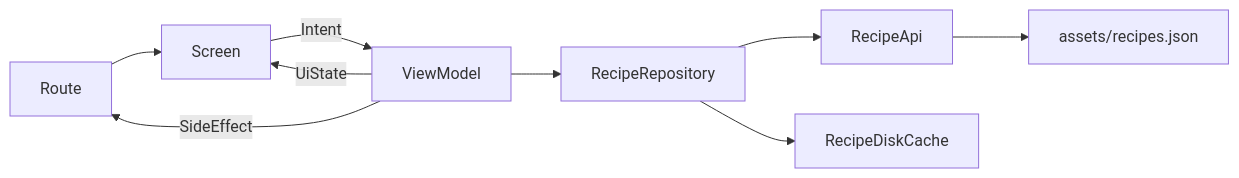
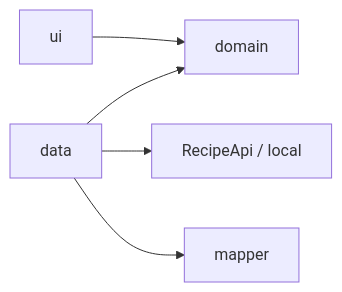
One commit to Tharsisboamorte/Recipebox-ReciMe-challenge- changed the diagram in README.md. Above: the diagram before and after it, drawn with Mermaid. The commit also changed other lines of this file and 6 other files, not shown here.

````diff
--- a/README.md
+++ b/README.md
@@ -45,11 +61,7 @@
 ```mermaid
 flowchart LR
-  Route --> Screen
-  Screen -->|Intent| VM[ViewModel]
-  VM -->|UiState| Screen
-  VM -->|SideEffect| Route
-  VM --> Repo[RecipeRepository]
-  Repo --> Api[RecipeApi]
-  Repo --> Cache[RecipeDiskCache]
-  Api --> Json[assets/recipes.json]
+  UI[ui] --> Domain[domain]
+  Data[data] --> Domain
+  Data --> Api[RecipeApi / local]
+  Data --> Mapper[mapper]
 ```
````
